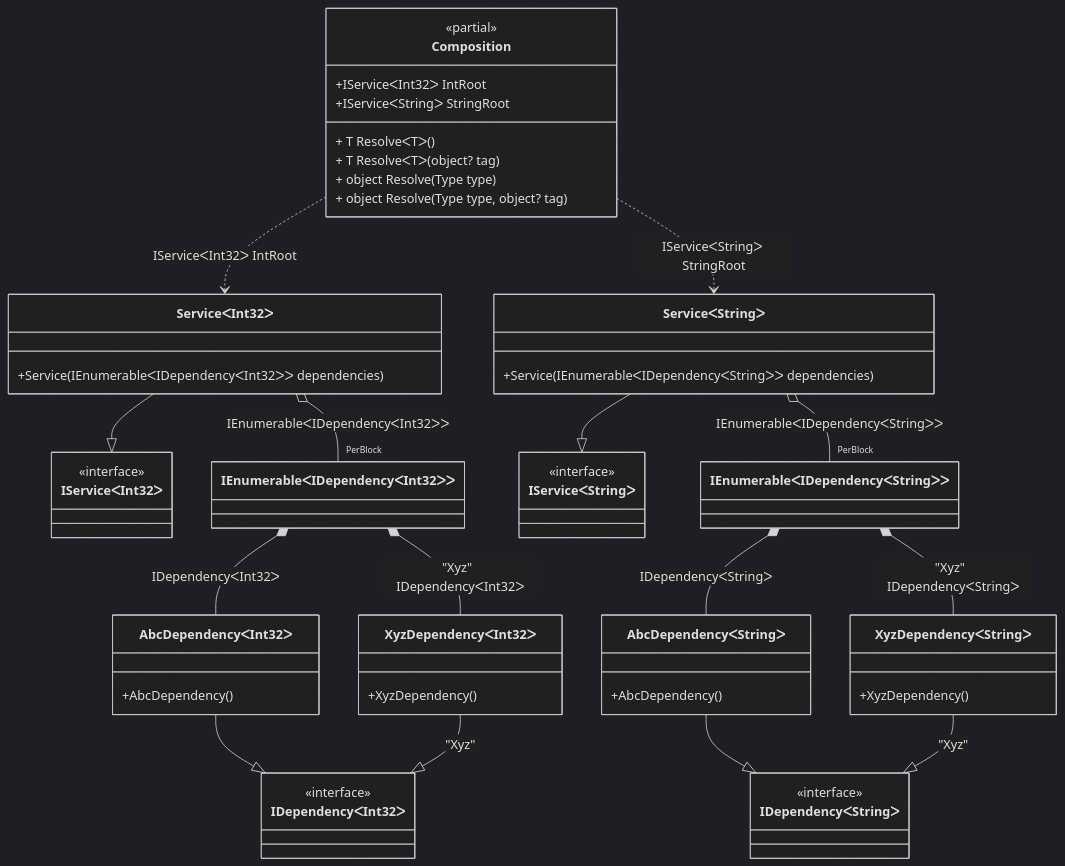
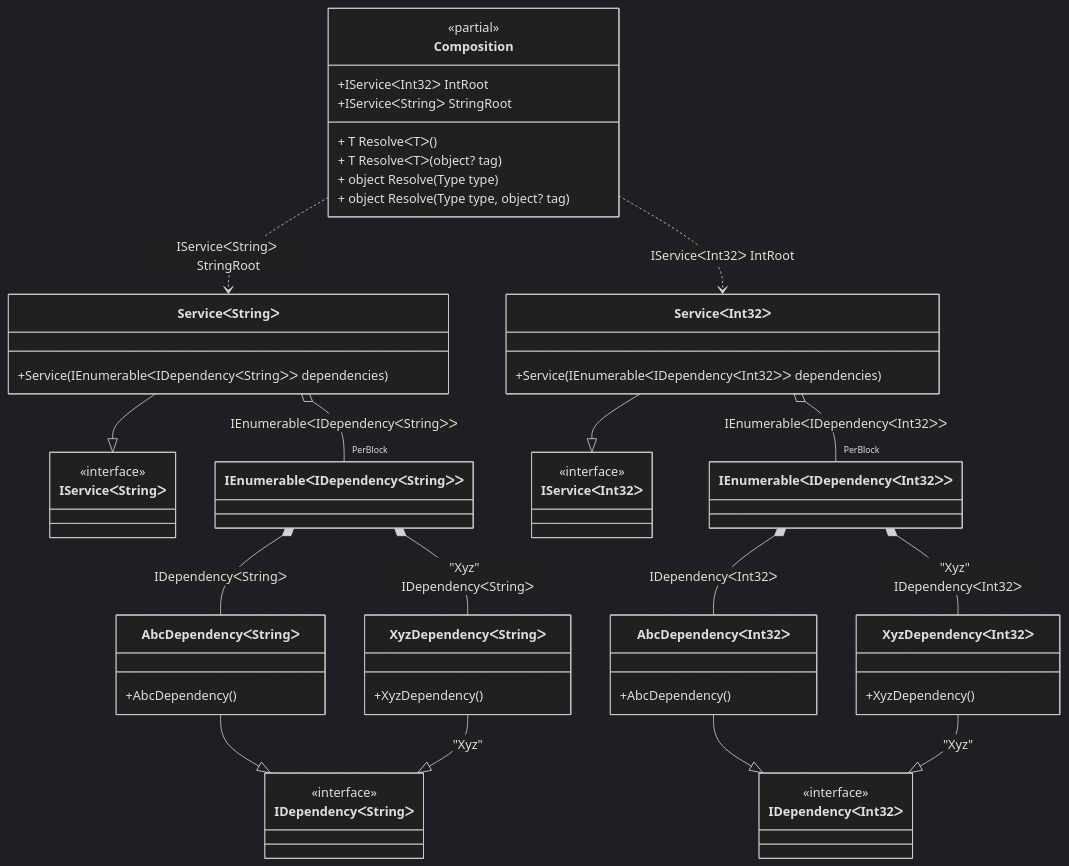
Before and after one commit to DevTeam/Pure.DI: the diagram in readme/enumerable-generics.md, drawn with Mermaid (dark theme). The commit also changed other lines of this file and 90 other files, not shown here.

````diff
--- a/readme/enumerable-generics.md
+++ b/readme/enumerable-generics.md
@@ -238,58 +238,58 @@
 ```mermaid
 classDiagram
 	class Composition {
 		<<partial>>
 		+IServiceᐸInt32ᐳ IntRoot
 		+IServiceᐸStringᐳ StringRoot
 		+ T ResolveᐸTᐳ()
 		+ T ResolveᐸTᐳ(object? tag)
 		+ object Resolve(Type type)
 		+ object Resolve(Type type, object? tag)
 	}
+	ServiceᐸStringᐳ --|> IServiceᐸStringᐳ
+	class ServiceᐸStringᐳ {
+		+Service(IEnumerableᐸIDependencyᐸStringᐳᐳ dependencies)
+	}
 	ServiceᐸInt32ᐳ --|> IServiceᐸInt32ᐳ
 	class ServiceᐸInt32ᐳ {
 		+Service(IEnumerableᐸIDependencyᐸInt32ᐳᐳ dependencies)
 	}
-	ServiceᐸStringᐳ --|> IServiceᐸStringᐳ
-	class ServiceᐸStringᐳ {
-		+Service(IEnumerableᐸIDependencyᐸStringᐳᐳ dependencies)
+	class IEnumerableᐸIDependencyᐸStringᐳᐳ
+	class IEnumerableᐸIDependencyᐸInt32ᐳᐳ
+	AbcDependencyᐸStringᐳ --|> IDependencyᐸStringᐳ
+	class AbcDependencyᐸStringᐳ {
+		+AbcDependency()
 	}
-	class IEnumerableᐸIDependencyᐸInt32ᐳᐳ
-	class IEnumerableᐸIDependencyᐸStringᐳᐳ
+	XyzDependencyᐸStringᐳ --|> IDependencyᐸStringᐳ : "Xyz" 
+	class XyzDependencyᐸStringᐳ {
+		+XyzDependency()
+	}
 	AbcDependencyᐸInt32ᐳ --|> IDependencyᐸInt32ᐳ
 	class AbcDependencyᐸInt32ᐳ {
 		+AbcDependency()
 	}
 	XyzDependencyᐸInt32ᐳ --|> IDependencyᐸInt32ᐳ : "Xyz" 
 	class XyzDependencyᐸInt32ᐳ {
 		+XyzDependency()
 	}
-	AbcDependencyᐸStringᐳ --|> IDependencyᐸStringᐳ
-	class AbcDependencyᐸStringᐳ {
-		+AbcDependency()
-	}
-	XyzDependencyᐸStringᐳ --|> IDependencyᐸStringᐳ : "Xyz" 
-	class XyzDependencyᐸStringᐳ {
-		+XyzDependency()
+	class IServiceᐸStringᐳ {
+		<<interface>>
 	}
 	class IServiceᐸInt32ᐳ {
 		<<interface>>
 	}
-	class IServiceᐸStringᐳ {
+	class IDependencyᐸStringᐳ {
 		<<interface>>
 	}
 	class IDependencyᐸInt32ᐳ {
 		<<interface>>
 	}
-	class IDependencyᐸStringᐳ {
-		<<interface>>
-	}
+	Composition ..> ServiceᐸStringᐳ : IServiceᐸStringᐳ StringRoot
 	Composition ..> ServiceᐸInt32ᐳ : IServiceᐸInt32ᐳ IntRoot
-	Composition ..> ServiceᐸStringᐳ : IServiceᐸStringᐳ StringRoot
+	ServiceᐸStringᐳ o-- "PerBlock" IEnumerableᐸIDependencyᐸStringᐳᐳ : IEnumerableᐸIDependencyᐸStringᐳᐳ
 	ServiceᐸInt32ᐳ o-- "PerBlock" IEnumerableᐸIDependencyᐸInt32ᐳᐳ : IEnumerableᐸIDependencyᐸInt32ᐳᐳ
-	ServiceᐸStringᐳ o-- "PerBlock" IEnumerableᐸIDependencyᐸStringᐳᐳ : IEnumerableᐸIDependencyᐸStringᐳᐳ
+	IEnumerableᐸIDependencyᐸStringᐳᐳ *--  AbcDependencyᐸStringᐳ : IDependencyᐸStringᐳ
+	IEnumerableᐸIDependencyᐸStringᐳᐳ *--  XyzDependencyᐸStringᐳ : "Xyz"  IDependencyᐸStringᐳ
 	IEnumerableᐸIDependencyᐸInt32ᐳᐳ *--  AbcDependencyᐸInt32ᐳ : IDependencyᐸInt32ᐳ
 	IEnumerableᐸIDependencyᐸInt32ᐳᐳ *--  XyzDependencyᐸInt32ᐳ : "Xyz"  IDependencyᐸInt32ᐳ
-	IEnumerableᐸIDependencyᐸStringᐳᐳ *--  AbcDependencyᐸStringᐳ : IDependencyᐸStringᐳ
-	IEnumerableᐸIDependencyᐸStringᐳᐳ *--  XyzDependencyᐸStringᐳ : "Xyz"  IDependencyᐸStringᐳ
 ```
````
